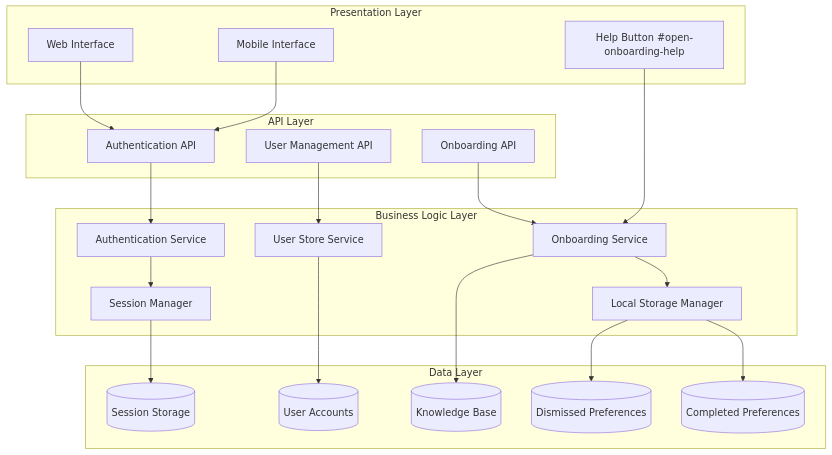
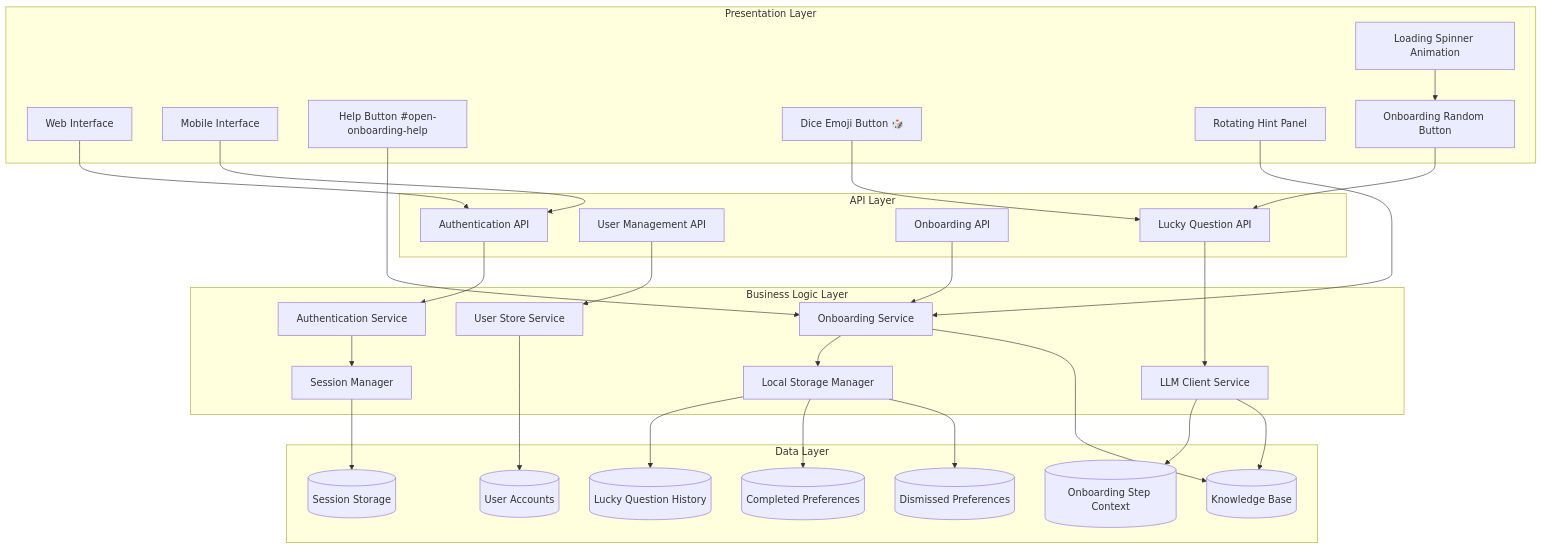
One commit to intellistream/sage-mate changed the first of 5 diagrams in .qoder/repowiki/en/content/Core Components/User Onboarding System.md. Above: the diagram before and after it, drawn with Mermaid. The commit also changed other lines of this file and 121 other files, not shown here.

````diff
--- a/.qoder/repowiki/en/content/Core Components/User Onboarding System.md
+++ b/.qoder/repowiki/en/content/Core Components/User Onboarding System.md
@@ -52,40 +53,56 @@
 ```mermaid
 graph TB
 subgraph "Presentation Layer"
 UI[Web Interface]
 Mobile[Mobile Interface]
 HelpButton[Help Button #open-onboarding-help]
+DiceButton[Dice Emoji Button 🎲]
+HintPanel[Rotating Hint Panel]
+OnboardingRandomBtn[Onboarding Random Button]
+LoadingSpinner[Loading Spinner Animation]
 end
 subgraph "API Layer"
 AuthAPI[Authentication API]
 UserAPI[User Management API]
 OnboardingAPI[Onboarding API]
+LuckyQuestionAPI[Lucky Question API]
 end
 subgraph "Business Logic Layer"
 AuthService[Authentication Service]
 UserStore[User Store Service]
 OnboardingService[Onboarding Service]
+LLMClient[LLM Client Service]
 SessionManager[Session Manager]
 LocalStorage[Local Storage Manager]
 end
 subgraph "Data Layer"
 UserDatabase[(User Accounts)]
 KnowledgeBase[(Knowledge Base)]
 SessionStore[(Session Storage)]
 DismissedPrefs[(Dismissed Preferences)]
 CompletedPrefs[(Completed Preferences)]
+LuckyQuestionHistory[(Lucky Question History)]
+OnboardingStepContext[(Onboarding Step Context)]
 end
 UI --> AuthAPI
 Mobile --> AuthAPI
 HelpButton --> OnboardingService
+DiceButton --> LuckyQuestionAPI
+HintPanel --> OnboardingService
+OnboardingRandomBtn --> LuckyQuestionAPI
+LoadingSpinner --> OnboardingRandomBtn
 AuthAPI --> AuthService
 UserAPI --> UserStore
 OnboardingAPI --> OnboardingService
+LuckyQuestionAPI --> LLMClient
 AuthService --> SessionManager
 UserStore --> UserDatabase
 OnboardingService --> KnowledgeBase
+LLMClient --> KnowledgeBase
+LLMClient --> OnboardingStepContext
 SessionManager --> SessionStore
 OnboardingService --> LocalStorage
 LocalStorage --> DismissedPrefs
 LocalStorage --> CompletedPrefs
+LocalStorage --> LuckyQuestionHistory
 ```
````
